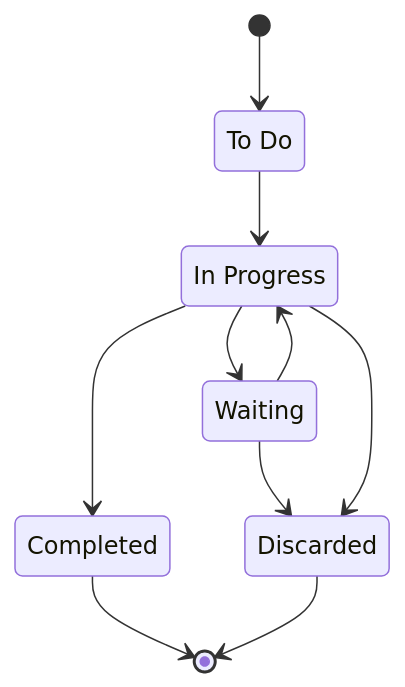
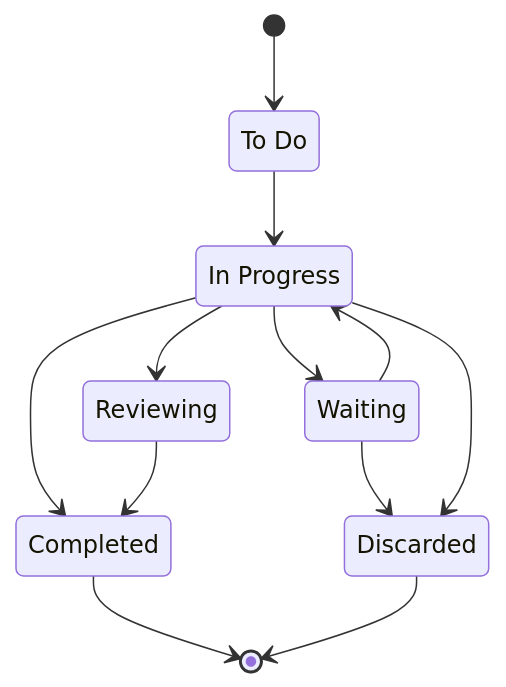
The diagram in _notes/Openbox/метаданные для заметок проектов.md (vanadium23/openbox), drawn with Mermaid before and after one commit. The commit also changed other lines of this file, not shown here.

````diff
--- a/_notes/Openbox/метаданные для заметок проектов.md
+++ b/_notes/Openbox/метаданные для заметок проектов.md
@@ -18,18 +19,21 @@
 ```mermaid
 stateDiagram-v2
   state "To Do" as td
   state "In Progress" as ip
+  state "Reviewing" as r
   state "Waiting" as w
   state "Completed" as cp
   state "Discarded" as d
 
   [*] --> td
   td --> ip
   ip --> w
   w --> ip
   w --> d
   ip --> d
   ip --> cp
+  ip --> r
+  r --> cp
   cp --> [*]
   d --> [*]
 ```
````
